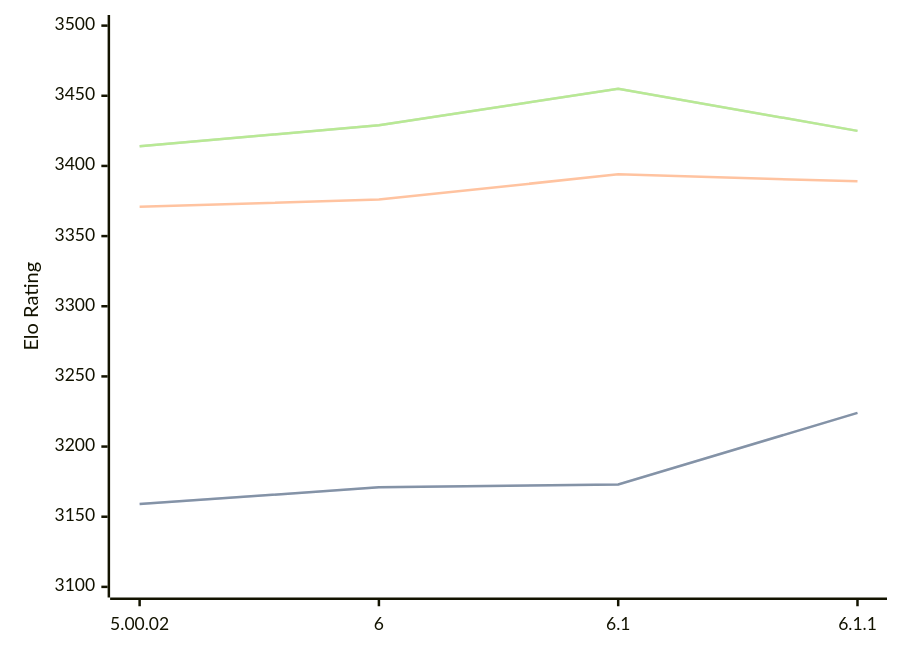
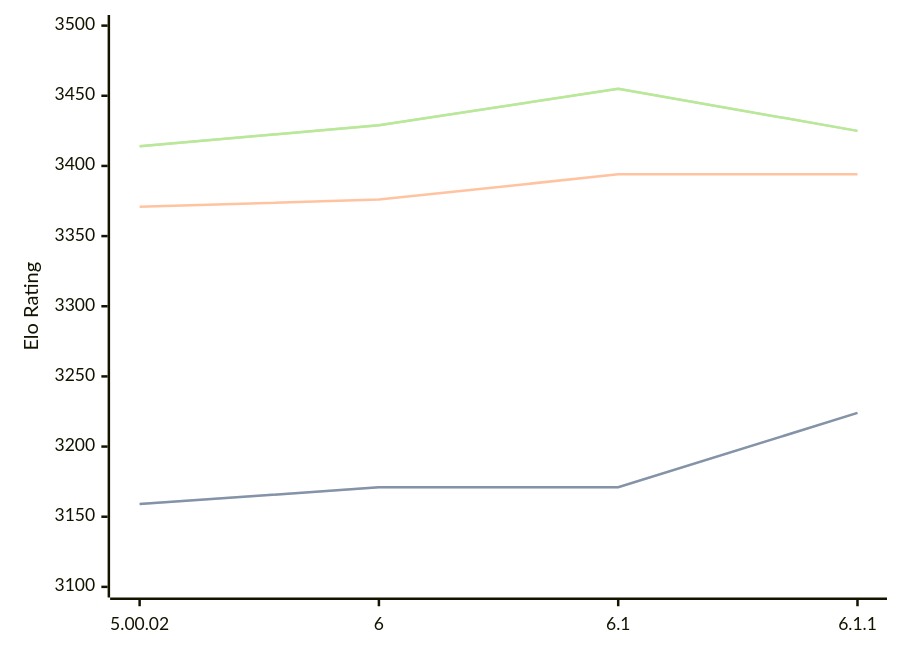
One commit to computer-chess-index/cci changed the diagram in engines/Zangdar.md. Above: the diagram before and after it, drawn with Mermaid. The commit also changed other lines of this file, not shown here.

Commit message:
Update CCI Ratings (ELO VLTC) - 2026-03-25

````diff
--- a/engines/Zangdar.md
+++ b/engines/Zangdar.md
@@ -46,11 +46,11 @@
 ```mermaid
 %%{init: {"theme":"base","themeVariables":{"seriesColors:['#a3a3a3','#222221','#faa371']}}}%%
 xychart-beta
   x-axis ["5.00.02", "6", "6.1", "6.1.1"]
   y-axis "Elo Rating" 3100 --> 3500
-  line "STC (8.0+0.08s)" [3159, 3171, 3173, 3224]
-  line "STC (8.0+0.08s)" [3159, 3171, 3173, 3224]
-  line "LTC (60.0+0.60s)" [3371, 3376, 3394, 3389]
+  line "STC (8.0+0.08s)" [3159, 3171, 3171, 3224]
+  line "STC (8.0+0.08s)" [3159, 3171, 3171, 3224]
+  line "LTC (60.0+0.60s)" [3371, 3376, 3394, 3394]
   line "VLTC (2m24s+1.12s)" [3414, 3429, 3455, 3425]
   line "VLTC (2m24s+1.12s)" [3414, 3429, 3455, 3425]
 ```
````
